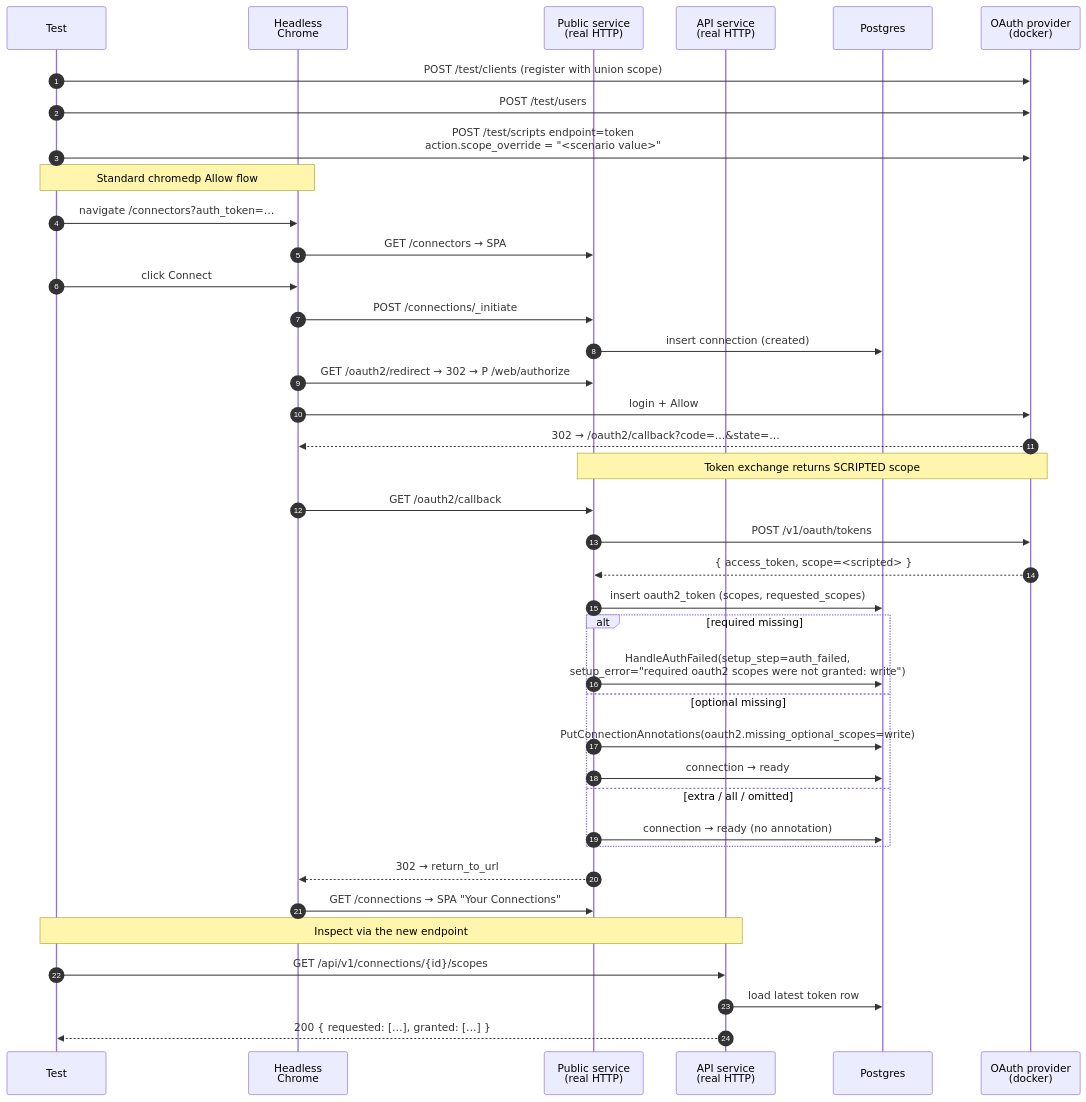
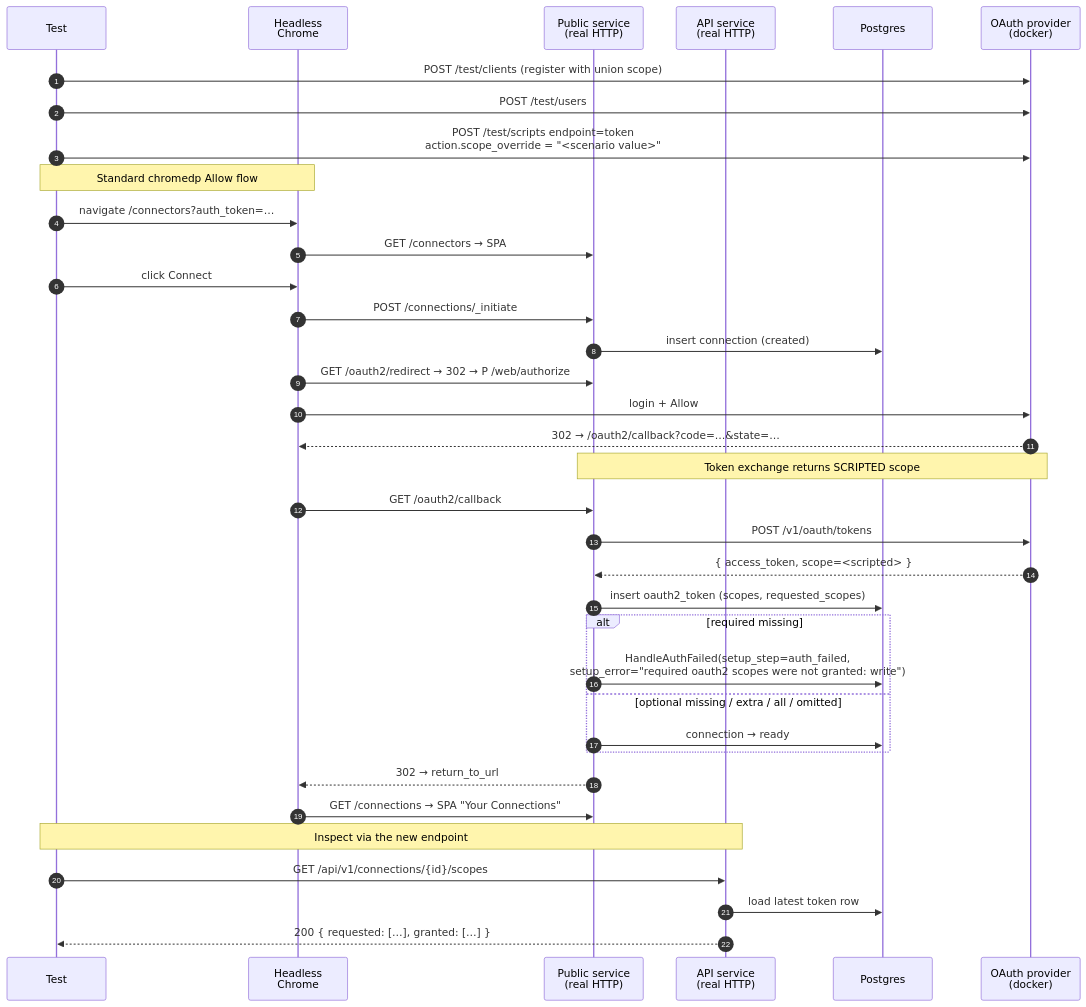
The diagram in integration_tests/oauth2/scope_mismatch_test.md (rmorlok/authproxy), drawn with Mermaid before and after one commit. The commit also changed other lines of this file and 7 other files, not shown here.

````diff
--- a/integration_tests/oauth2/scope_mismatch_test.md
+++ b/integration_tests/oauth2/scope_mismatch_test.md
@@ -70,46 +71,43 @@
 ```mermaid
 sequenceDiagram
     autonumber
     participant T as Test
     participant B as Headless<br/>Chrome
     participant PUB as Public service<br/>(real HTTP)
     participant API as API service<br/>(real HTTP)
     participant DB as Postgres
     participant P as OAuth provider<br/>(docker)
 
     T->>P: POST /test/clients (register with union scope)
     T->>P: POST /test/users
     T->>P: POST /test/scripts endpoint=token<br/>action.scope_override = "<scenario value>"
 
     Note over T,B: Standard chromedp Allow flow
     T->>B: navigate /connectors?auth_token=…
     B->>PUB: GET /connectors → SPA
     T->>B: click Connect
     B->>PUB: POST /connections/_initiate
     PUB->>DB: insert connection (created)
     B->>PUB: GET /oauth2/redirect → 302 → P /web/authorize
     B->>P: login + Allow
     P-->>B: 302 → /oauth2/callback?code=…&state=…
 
     Note over PUB,P: Token exchange returns SCRIPTED scope
     B->>PUB: GET /oauth2/callback
     PUB->>P: POST /v1/oauth/tokens
     P-->>PUB: { access_token, scope=<scripted> }
     PUB->>DB: insert oauth2_token (scopes, requested_scopes)
 
     alt required missing
         PUB->>DB: HandleAuthFailed(setup_step=auth_failed,<br/>setup_error="required oauth2 scopes were not granted: write")
-    else optional missing
-        PUB->>DB: PutConnectionAnnotations(oauth2.missing_optional_scopes=write)
+    else optional missing / extra / all / omitted
         PUB->>DB: connection → ready
-    else extra / all / omitted
-        PUB->>DB: connection → ready (no annotation)
     end
     PUB-->>B: 302 → return_to_url
     B->>PUB: GET /connections → SPA "Your Connections"
 
     Note over T,API: Inspect via the new endpoint
     T->>API: GET /api/v1/connections/{id}/scopes
     API->>DB: load latest token row
     API-->>T: 200 { requested: […], granted: […] }
 ```
````
